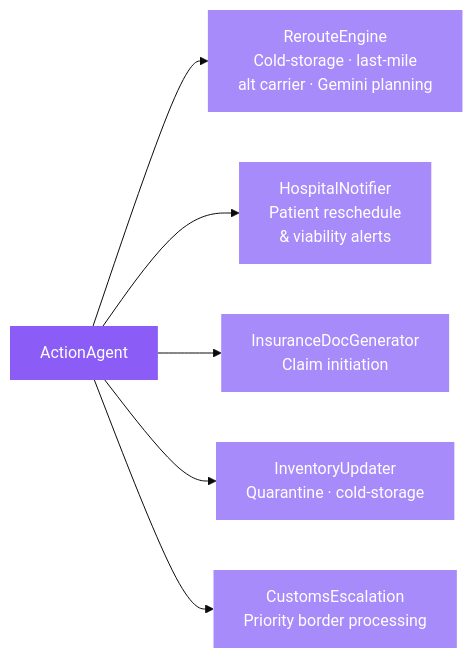
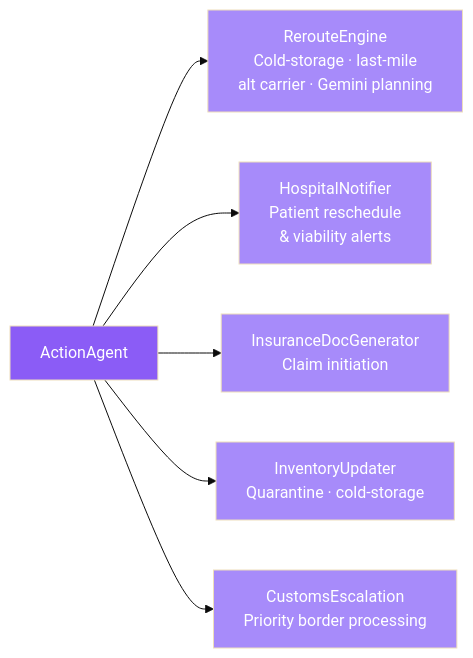
One commit to rishikathakre/pharma-cargo changed the second of 3 diagrams in README.md. Above: the diagram before and after it, drawn with Mermaid (base theme). The commit also changed other lines of this file, not shown here.

````diff
--- a/README.md
+++ b/README.md
@@ -48,23 +47,23 @@
 ```mermaid
 flowchart LR
     ACT["ActionAgent"]
 
     RE["RerouteEngine\nCold-storage · last-mile\nalt carrier · Gemini planning"]
     HN["HospitalNotifier\nPatient reschedule\n& viability alerts"]
     ID["InsuranceDocGenerator\nClaim initiation"]
     IU["InventoryUpdater\nQuarantine · cold-storage"]
     CE["CustomsEscalation\nPriority border processing"]
 
     ACT --> RE
     ACT --> HN
     ACT --> ID
     ACT --> IU
     ACT --> CE
 
-    style ACT fill:#8b5cf6,color:#fff,stroke:none
-    style RE fill:#a78bfa,color:#fff,stroke:none
-    style HN fill:#a78bfa,color:#fff,stroke:none
-    style ID fill:#a78bfa,color:#fff,stroke:none
-    style IU fill:#a78bfa,color:#fff,stroke:none
-    style CE fill:#a78bfa,color:#fff,stroke:none
+    style ACT fill:#8b5cf6,color:#fff
+    style RE fill:#a78bfa,color:#fff
+    style HN fill:#a78bfa,color:#fff
+    style ID fill:#a78bfa,color:#fff
+    style IU fill:#a78bfa,color:#fff
+    style CE fill:#a78bfa,color:#fff
 ```
````
